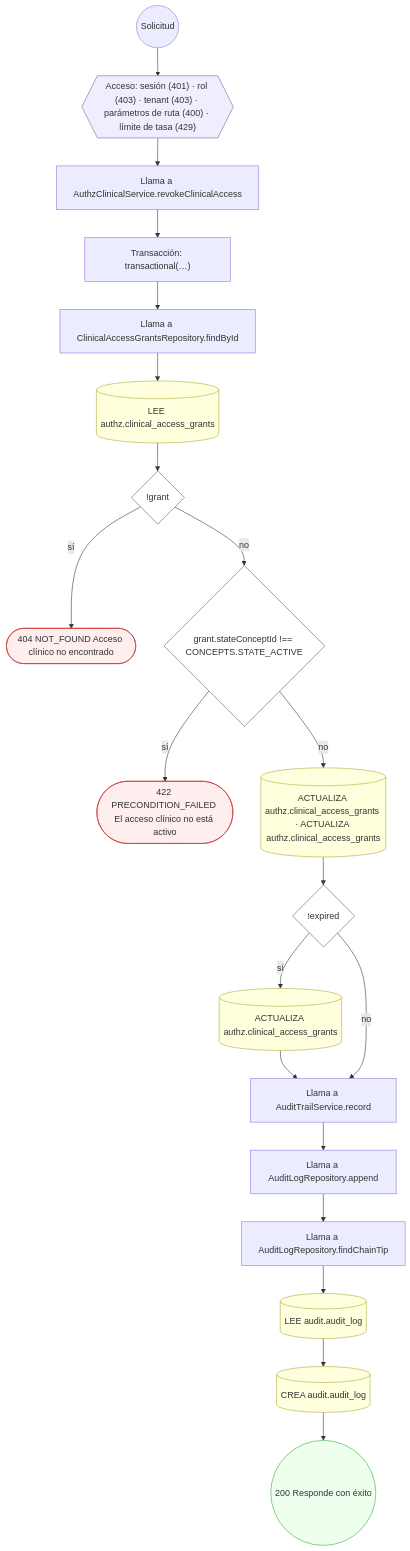
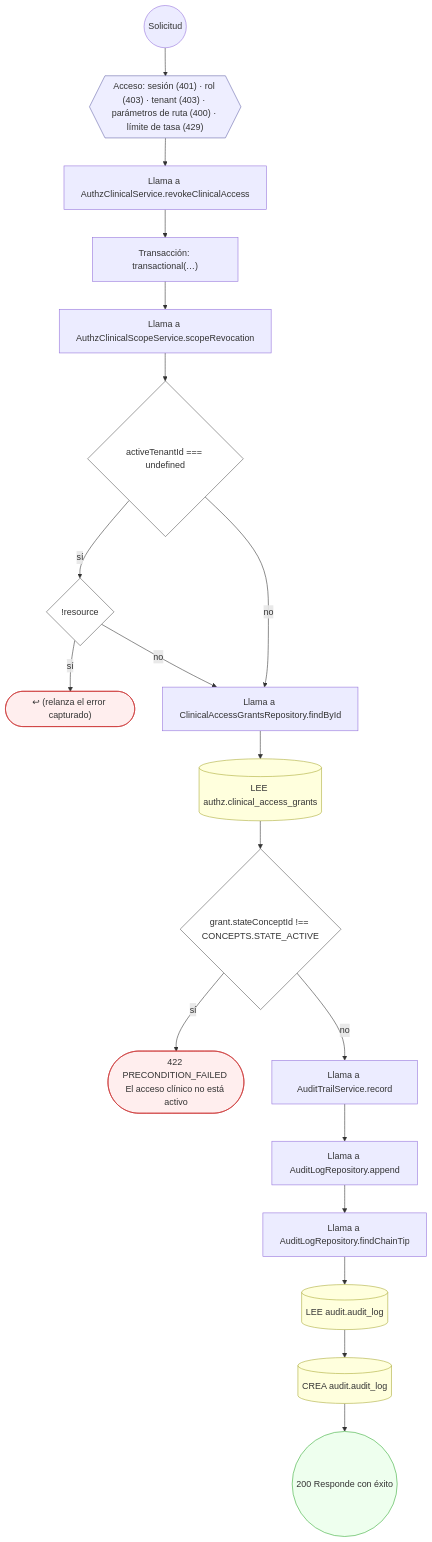
The eighth of 30 diagrams in docs/inventario/flujos/authz.md (mdavila-2001/mantra-core-health-api), drawn with Mermaid before and after one commit. The commit also changed other lines of this file and 438 other files, not shown here.

````diff
--- a/docs/inventario/flujos/authz.md
+++ b/docs/inventario/flujos/authz.md
@@ -744,47 +840,45 @@
 ```mermaid
 flowchart TD
   n1(("Solicitud")):::inicio
   n2{{"Acceso: sesión (401) · rol (403) · tenant (403) · parámetros de ruta (400) · límite de tasa (429)"}}:::acceso
   n1 --> n2
   n3["Llama a AuthzClinicalService.revokeClinicalAccess"]:::llamada
   n2 --> n3
   n4["Transacción: transactional(…)"]:::transaccion
   n3 --> n4
-  n5["Llama a ClinicalAccessGrantsRepository.findById"]:::llamada
+  n5["Llama a AuthzClinicalScopeService.scopeRevocation"]:::llamada
   n4 --> n5
-  n6[("LEE authz.clinical_access_grants")]:::efecto
+  n6{"activeTenantId === undefined"}:::decision
   n5 --> n6
-  n7{"!grant"}:::decision
-  n6 --> n7
-  n8(["404 NOT_FOUND Acceso clínico no encontrado"]):::error
+  n7{"!resource"}:::decision
+  n6 -->|"sí"| n7
+  n8(["↩ (relanza el error capturado)"]):::error
   n7 -->|"sí"| n8
-  n9{"grant.stateConceptId !== CONCEPTS.STATE_ACTIVE"}:::decision
+  n9["Llama a ClinicalAccessGrantsRepository.findById"]:::llamada
   n7 -->|"no"| n9
-  n10(["422 PRECONDITION_FAILED El acceso clínico no está activo"]):::error
-  n9 -->|"sí"| n10
-  n11[("ACTUALIZA authz.clinical_access_grants · ACTUALIZA authz.clinical_access_grants")]:::efecto
-  n9 -->|"no"| n11
-  n12{"!expired"}:::decision
-  n11 --> n12
-  n13[("ACTUALIZA authz.clinical_access_grants")]:::efecto
-  n12 -->|"sí"| n13
-  n14["Llama a AuditTrailService.record"]:::llamada
+  n6 -->|"no"| n9
+  n10[("LEE authz.clinical_access_grants")]:::efecto
+  n9 --> n10
+  n11{"grant.stateConceptId !== CONCEPTS.STATE_ACTIVE"}:::decision
+  n10 --> n11
+  n12(["422 PRECONDITION_FAILED El acceso clínico no está activo"]):::error
+  n11 -->|"sí"| n12
+  n13["Llama a AuditTrailService.record"]:::llamada
+  n11 -->|"no"| n13
+  n14["Llama a AuditLogRepository.append"]:::llamada
   n13 --> n14
-  n12 -->|"no"| n14
-  n15["Llama a AuditLogRepository.append"]:::llamada
+  n15["Llama a AuditLogRepository.findChainTip"]:::llamada
   n14 --> n15
-  n16["Llama a AuditLogRepository.findChainTip"]:::llamada
+  n16[("LEE audit.audit_log")]:::efecto
   n15 --> n16
-  n17[("LEE audit.audit_log")]:::efecto
+  n17[("CREA audit.audit_log")]:::efecto
   n16 --> n17
-  n18[("CREA audit.audit_log")]:::efecto
+  n18(("200 Responde con éxito")):::ok
   n17 --> n18
-  n19(("200 Responde con éxito")):::ok
-  n18 --> n19
   classDef acceso fill:#eef,stroke:#66a
   classDef error fill:#fee,stroke:#c33
   classDef ok fill:#efe,stroke:#3a3
   classDef efecto fill:#ffd,stroke:#aa3
   classDef decision fill:#fff,stroke:#555
   classDef corte fill:#eee,stroke:#999,stroke-dasharray: 4
 ```
````
